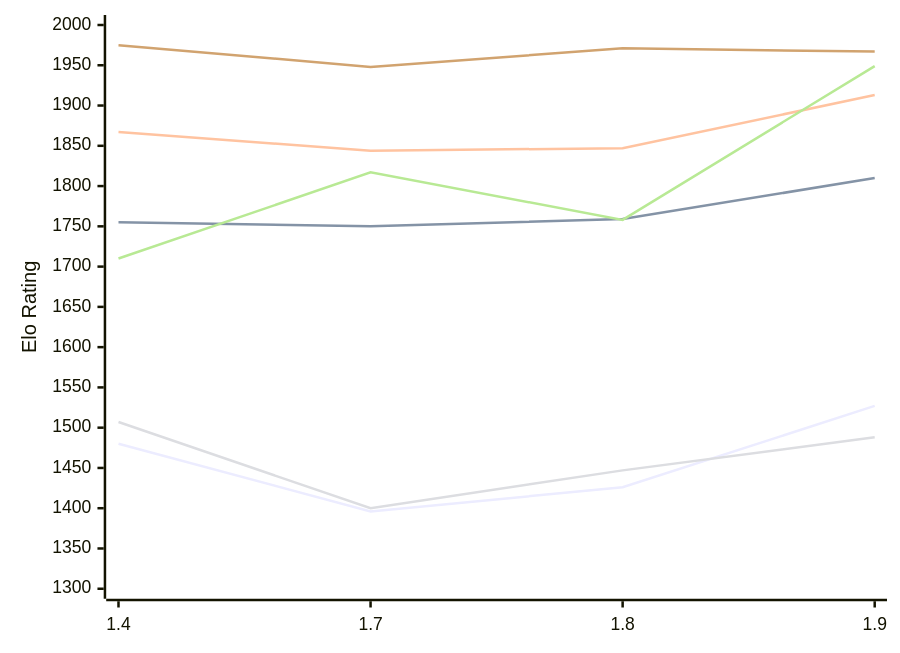
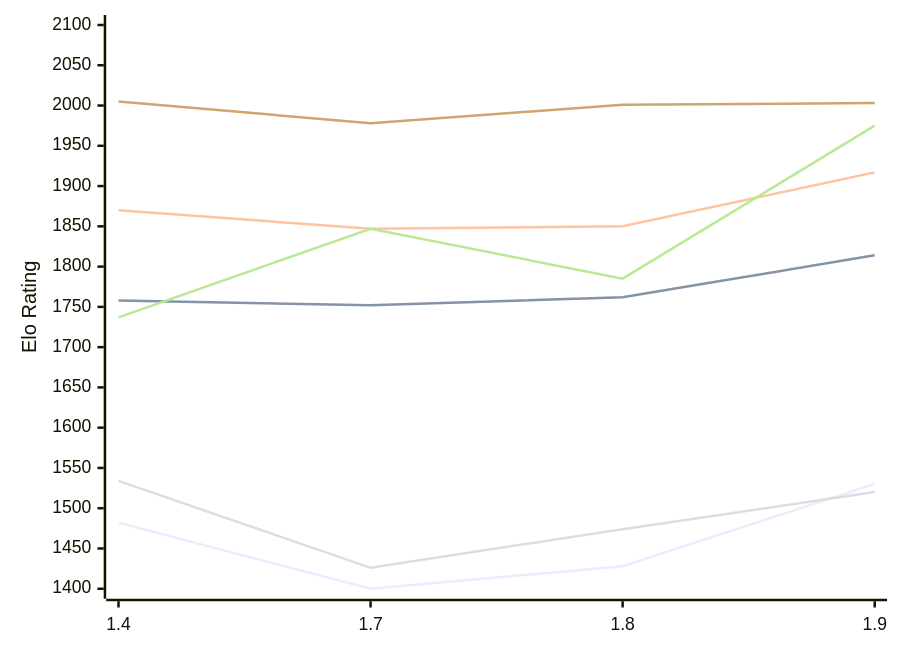
Before and after one commit to computer-chess-index/cci: the diagram in engines/Russell.md, drawn with Mermaid. The commit also changed other lines of this file, not shown here.

Commit message:
Update CCI Ratings (ELO VLTC) - 2026-11-05

````diff
--- a/engines/Russell.md
+++ b/engines/Russell.md
@@ -53,12 +53,12 @@
 ```mermaid
 %%{init: {"theme":"base","themeVariables":{"seriesColors:['#a3a3a3','#222221','#faa371']}}}%%
 xychart-beta
   x-axis ["1.4", "1.7", "1.8", "1.9"]
-  y-axis "Elo Rating" 1300 --> 2000
-  line "E1: STC (8.0+0.08s)" [1480, 1396, 1426, 1527]
-  line "E1: LTC (60.0+0.60s)" [1755, 1750, 1759, 1810]
-  line "E1: VLTC (2m24s+1.12s)" [1867, 1844, 1847, 1913]
-  line "P1: STC (8.0+0.08s)" [1507, 1400, 1447, 1488]
-  line "P1: LTC (60.0+0.60s)" [1710, 1817, 1758, 1949]
-  line "P1: VLTC (2m24s+1.12s)" [1975, 1948, 1971, 1967]
+  y-axis "Elo Rating" 1400 --> 2100
+  line "E1: STC (8.0+0.08s)" [1482, 1400, 1428, 1530]
+  line "E1: LTC (60.0+0.60s)" [1758, 1752, 1762, 1814]
+  line "E1: VLTC (2m24s+1.12s)" [1870, 1847, 1850, 1917]
+  line "P1: STC (8.0+0.08s)" [1534, 1426, 1474, 1520]
+  line "P1: LTC (60.0+0.60s)" [1737, 1847, 1785, 1975]
+  line "P1: VLTC (2m24s+1.12s)" [2005, 1978, 2001, 2003]
 ```
````
